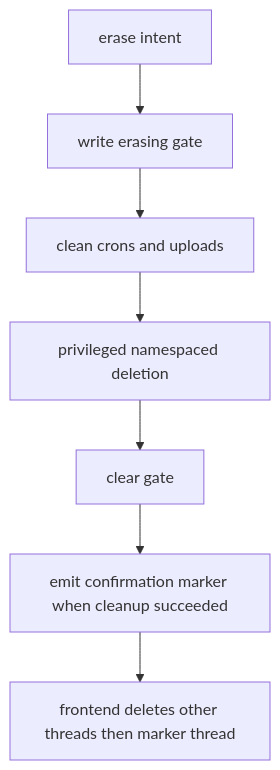
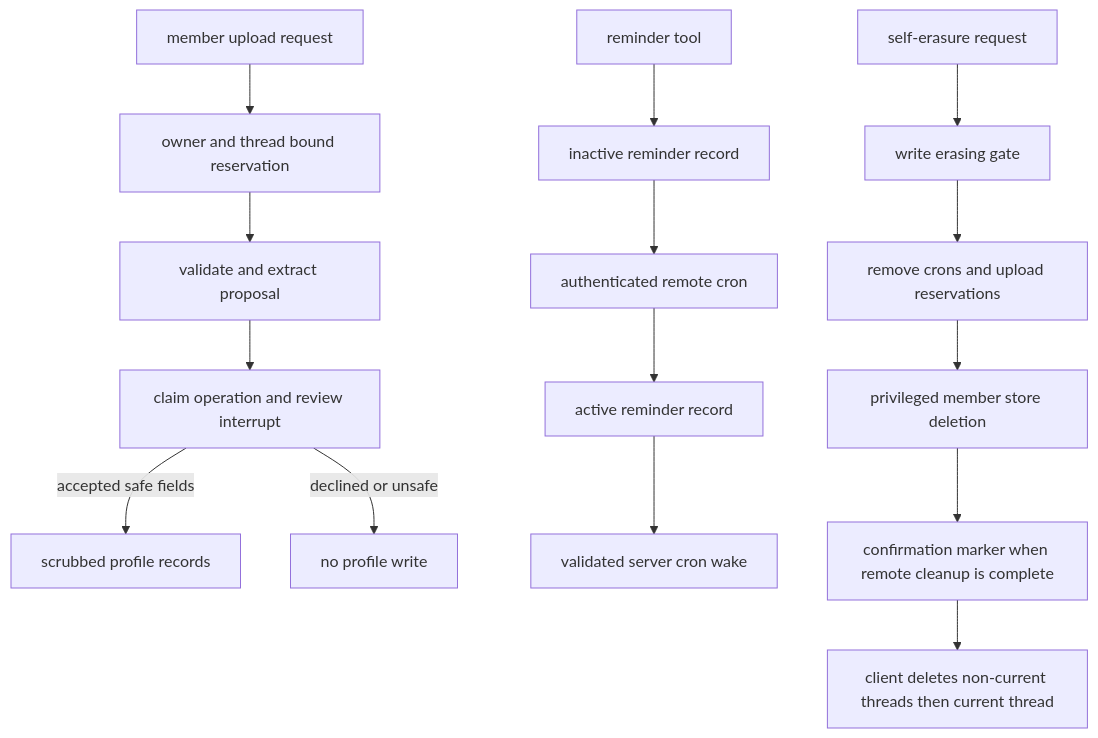
Before and after one commit to siddicky/healthcare-rag-langgraph: the diagram in openwiki/agent/member-data-lifecycle.md, drawn with Mermaid. The commit also changed other lines of this file and 16 other files, not shown here.

````diff
--- a/openwiki/agent/member-data-lifecycle.md
+++ b/openwiki/agent/member-data-lifecycle.md
@@ -28,9 +17,17 @@
 ```mermaid
 flowchart TD
-  E["erase intent"] --> G["write erasing gate"]
-  G --> C["clean crons and uploads"]
-  C --> D["privileged namespaced deletion"]
-  D --> F["clear gate"]
-  F --> M["emit confirmation marker when cleanup succeeded"]
-  M --> T["frontend deletes other threads then marker thread"]
+  Upload["member upload request"] --> Reserve["owner and thread bound reservation"]
+  Reserve --> Extract["validate and extract proposal"]
+  Extract --> Review["claim operation and review interrupt"]
+  Review -->|"accepted safe fields"| Profile["scrubbed profile records"]
+  Review -->|"declined or unsafe"| Discard["no profile write"]
+  Reminder["reminder tool"] --> Pending["inactive reminder record"]
+  Pending --> Cron["authenticated remote cron"]
+  Cron --> Active["active reminder record"]
+  Active --> Wake["validated server cron wake"]
+  Erase["self-erasure request"] --> Gate["write erasing gate"]
+  Gate --> Remote["remove crons and upload reservations"]
+  Remote --> Delete["privileged member store deletion"]
+  Delete --> Marker["confirmation marker when remote cleanup is complete"]
+  Marker --> Threads["client deletes non-current threads then current thread"]
 ```
````
